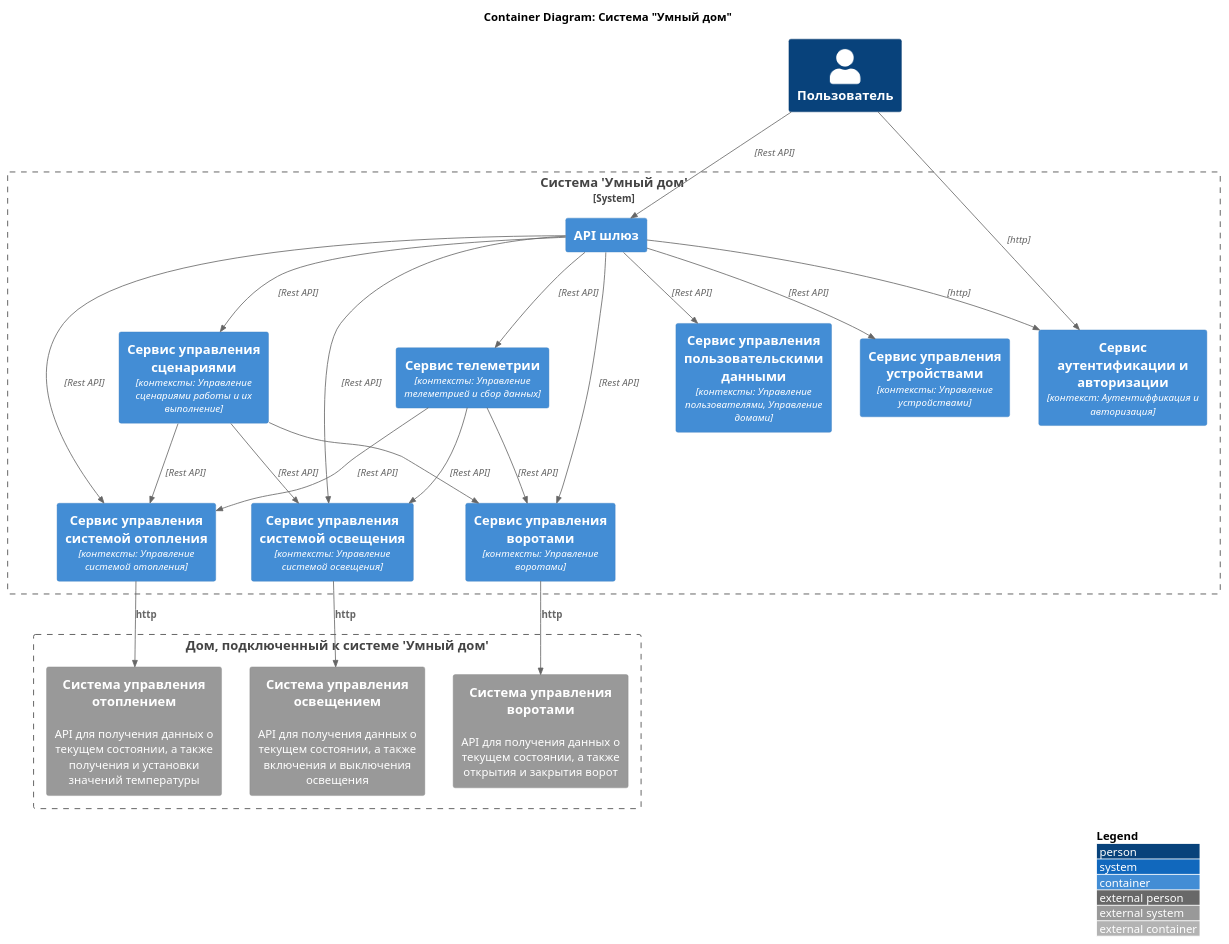
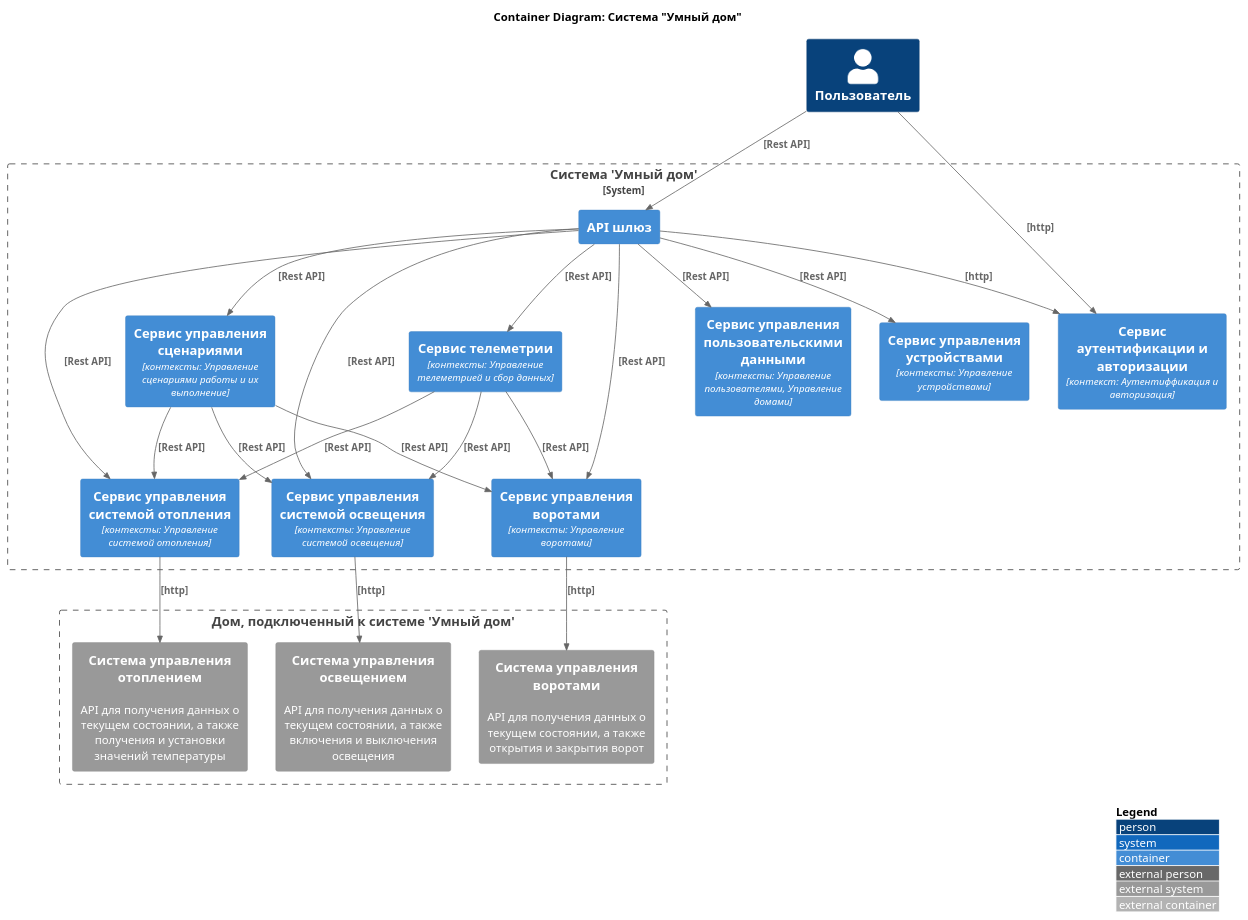
One commit to zergnk/architecture-pro-warmhouse changed the diagram in schemas/C4/container/smarthome_containers_diagram.puml. Above: the diagram before and after it, drawn with PlantUML. The commit also changed 1 other file, not shown here.

```diff
--- a/schemas/C4/container/smarthome_containers_diagram.puml
+++ b/schemas/C4/container/smarthome_containers_diagram.puml
@@ -1,59 +1,59 @@
 @startuml
 title Container Diagram: Система "Умный дом"
 
 top to bottom direction
 
 !include <C4/C4_Container.puml>
 
 LAYOUT_WITH_LEGEND()
 
 Person(user, "Пользователь")
 
 System_Boundary(smart_house, "Система 'Умный дом'") {
     Container("auth_service", "Сервис аутентификации и авторизации", "контекст: Аутентиффикация и авторизация")
     Container("api_gateway", "API шлюз", "")
 
     Container("user_data_management_service", "Сервис управления пользовательскими данными", "контексты: Управление пользователями, Управление домами")
 
     Container("device_management_service", "Сервис управления устройствами", "контексты: Управление устройствами")
     Container("system_heating_management_service", "Сервис управления системой отопления", "контексты: Управление системой отопления")
     Container("system_lightning_management_service", "Сервис управления системой освещения", "контексты: Управление системой освещения")
     Container("gates_management_service", "Сервис управления воротами", "контексты: Управление воротами")
 
     Container("telemetry_service", "Сервис телеметрии", "контексты: Управление телеметрией и сбор данных")
     Container("scenario_management_service", "Сервис управления сценариями", "контексты: Управление сценариями работы и их выполнение")
 }
 
 Boundary(external_house_boundary, "Дом, подключенный к системе 'Умный дом'") {
     System_Ext(heating_system, "Система управления отоплением", "API для получения данных о текущем состоянии, а также получения и установки значений температуры")
     System_Ext(lightning_system, "Система управления освещением", "API для получения данных о текущем состоянии, а также включения и выключения освещения")
     System_Ext(gates_system, "Система управления воротами", "API для получения данных о текущем состоянии, а также открытия и закрытия ворот")
 }
 
 
 
-Rel(user, api_gateway, "", "Rest API")
-Rel(user, auth_service, "", "http")
-Rel(api_gateway, auth_service, "", "http")
-Rel(api_gateway, user_data_management_service, "", "Rest API")
-Rel(api_gateway, device_management_service, "", "Rest API")
-Rel(api_gateway, telemetry_service, "", "Rest API")
-Rel(api_gateway, scenario_management_service, "", "Rest API")
-Rel(api_gateway, system_heating_management_service, "", "Rest API")
-Rel(api_gateway, system_lightning_management_service, "", "Rest API")
-Rel(api_gateway, gates_management_service, "", "Rest API")
+Rel(user, api_gateway, "[Rest API]")
+Rel(user, auth_service, "[http]")
+Rel(api_gateway, auth_service, "[http]")
+Rel(api_gateway, user_data_management_service, "[Rest API]")
+Rel(api_gateway, device_management_service, "[Rest API]")
+Rel(api_gateway, telemetry_service, "[Rest API]")
+Rel(api_gateway, scenario_management_service, "[Rest API]")
+Rel(api_gateway, system_heating_management_service, "[Rest API]")
+Rel(api_gateway, system_lightning_management_service, "[Rest API]")
+Rel(api_gateway, gates_management_service, "[Rest API]")
 
-Rel(scenario_management_service, system_heating_management_service, "", "Rest API")
-Rel(scenario_management_service, system_lightning_management_service, "", "Rest API")
-Rel(scenario_management_service, gates_management_service, "")
+Rel(scenario_management_service, system_heating_management_service, "[Rest API]")
+Rel(scenario_management_service, system_lightning_management_service, "[Rest API]")
+Rel(scenario_management_service, gates_management_service, "[Rest API]")
 
-Rel("telemetry_service", system_heating_management_service, "", "Rest API")
-Rel("telemetry_service", system_lightning_management_service, "", "Rest API")
-Rel("telemetry_service", gates_management_service, "", "Rest API")
+Rel("telemetry_service", system_heating_management_service, "[Rest API]",)
+Rel("telemetry_service", system_lightning_management_service, "[Rest API]")
+Rel("telemetry_service", gates_management_service, "[Rest API]")
 
-Rel(system_heating_management_service, heating_system, "http")
-Rel(system_lightning_management_service, lightning_system, "http")
-Rel(gates_management_service, gates_system, "http")
+Rel(system_heating_management_service, heating_system, "[http]")
+Rel(system_lightning_management_service, lightning_system, "[http]")
+Rel(gates_management_service, gates_system, "[http]")
 
 
 @enduml
```
